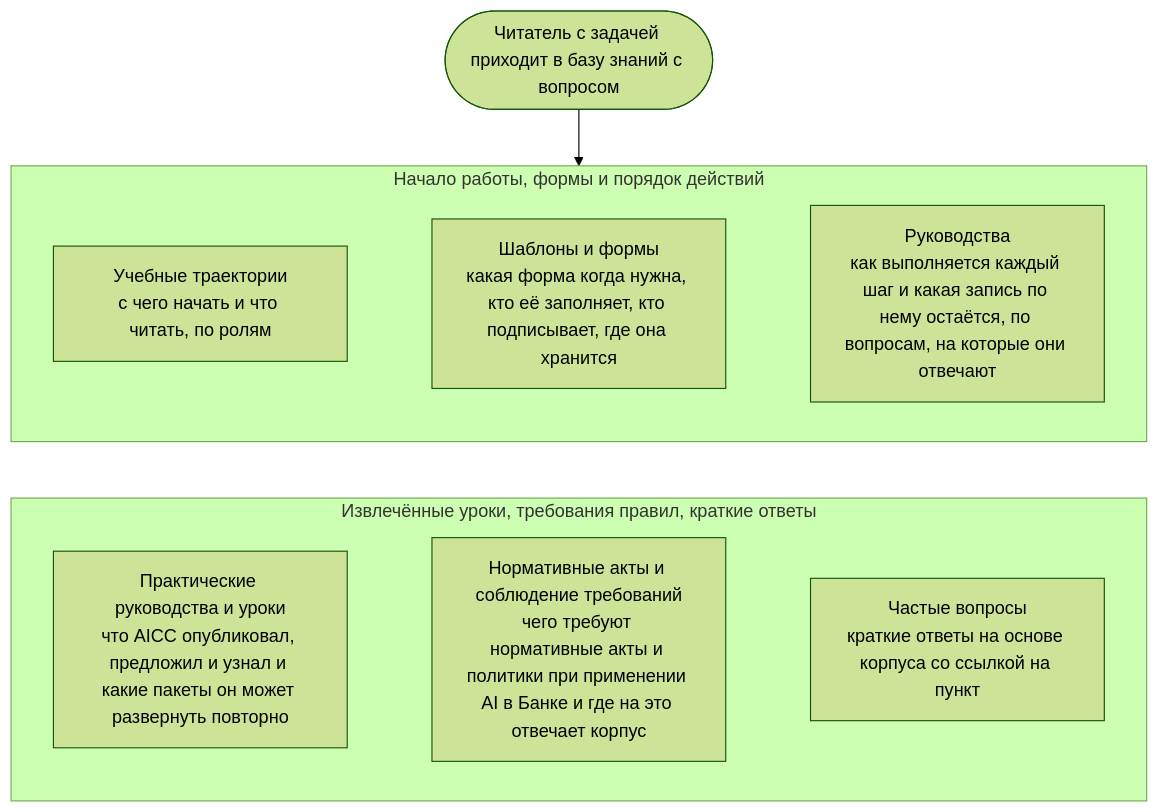
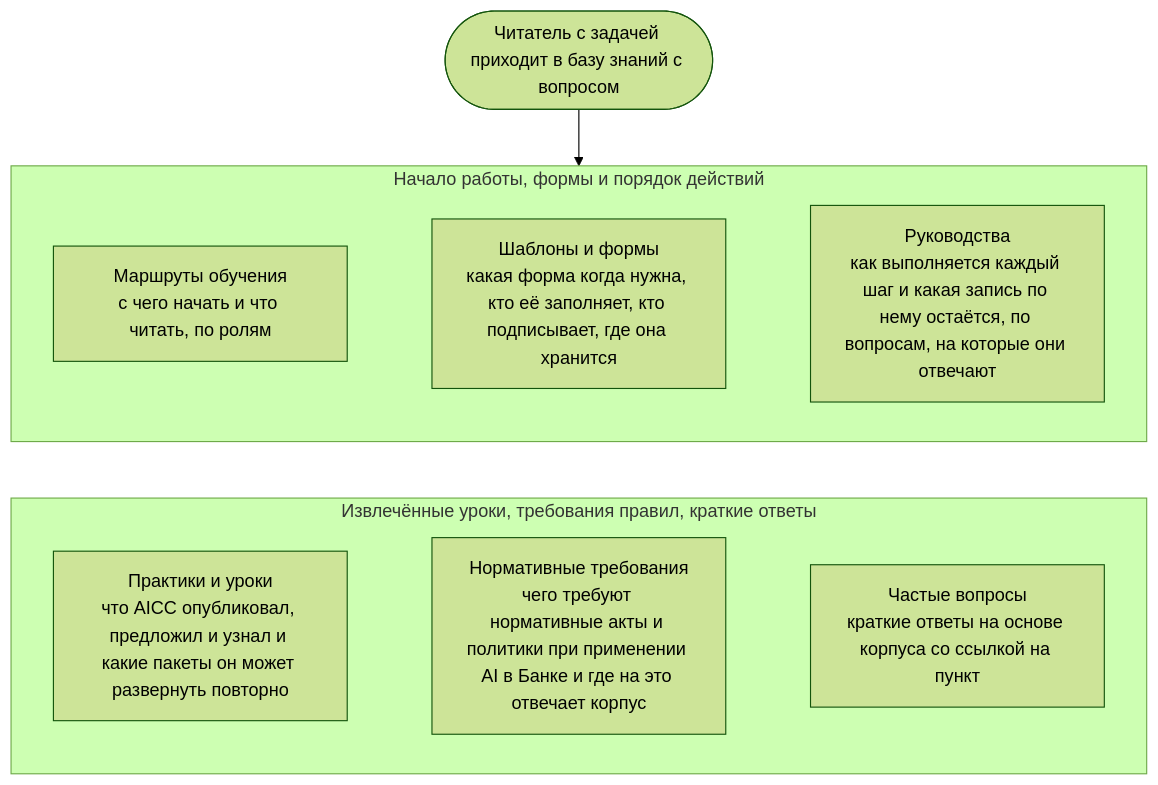
One commit to devhogu/ob-aicc changed the diagram in portal/content/ru/knowledge-base/overview.md. Above: the diagram before and after it, drawn with Mermaid (forest theme). The commit also changed other lines of this file and 63 other files, not shown here.

First line of the commit message:
Russian edition: Маршруты обучения, Практики и уроки, Нормативные требования in the Knowledge base

````diff
--- a/portal/content/ru/knowledge-base/overview.md
+++ b/portal/content/ru/knowledge-base/overview.md
@@ -13,14 +13,14 @@
 ```mermaid
 flowchart TB
   Q(["Читатель с задачей приходит в базу знаний с вопросом"])
   subgraph ROW1["Начало работы, формы и порядок действий"]
     direction LR
-    L["Учебные траектории<br/>с чего начать и что читать, по ролям"] ~~~ T["Шаблоны и формы<br/>какая форма когда нужна, кто её заполняет, кто подписывает, где она хранится"] ~~~ G["Руководства<br/>как выполняется каждый шаг и какая запись по нему остаётся, по вопросам, на которые они отвечают"]
+    L["Маршруты обучения<br/>с чего начать и что читать, по ролям"] ~~~ T["Шаблоны и формы<br/>какая форма когда нужна, кто её заполняет, кто подписывает, где она хранится"] ~~~ G["Руководства<br/>как выполняется каждый шаг и какая запись по нему остаётся, по вопросам, на которые они отвечают"]
   end
   subgraph ROW2["Извлечённые уроки, требования правил, краткие ответы"]
     direction LR
-    P["Практические руководства и уроки<br/>что AICC опубликовал, предложил и узнал и какие пакеты он может развернуть повторно"] ~~~ A["Нормативные акты и соблюдение требований<br/>чего требуют нормативные акты и политики при применении AI в Банке и где на это отвечает корпус"] ~~~ F["Частые вопросы<br/>краткие ответы на основе корпуса со ссылкой на пункт"]
+    P["Практики и уроки<br/>что AICC опубликовал, предложил и узнал и какие пакеты он может развернуть повторно"] ~~~ A["Нормативные требования<br/>чего требуют нормативные акты и политики при применении AI в Банке и где на это отвечает корпус"] ~~~ F["Частые вопросы<br/>краткие ответы на основе корпуса со ссылкой на пункт"]
   end
   Q --> ROW1
   ROW1 ~~~ ROW2
 ```
````
